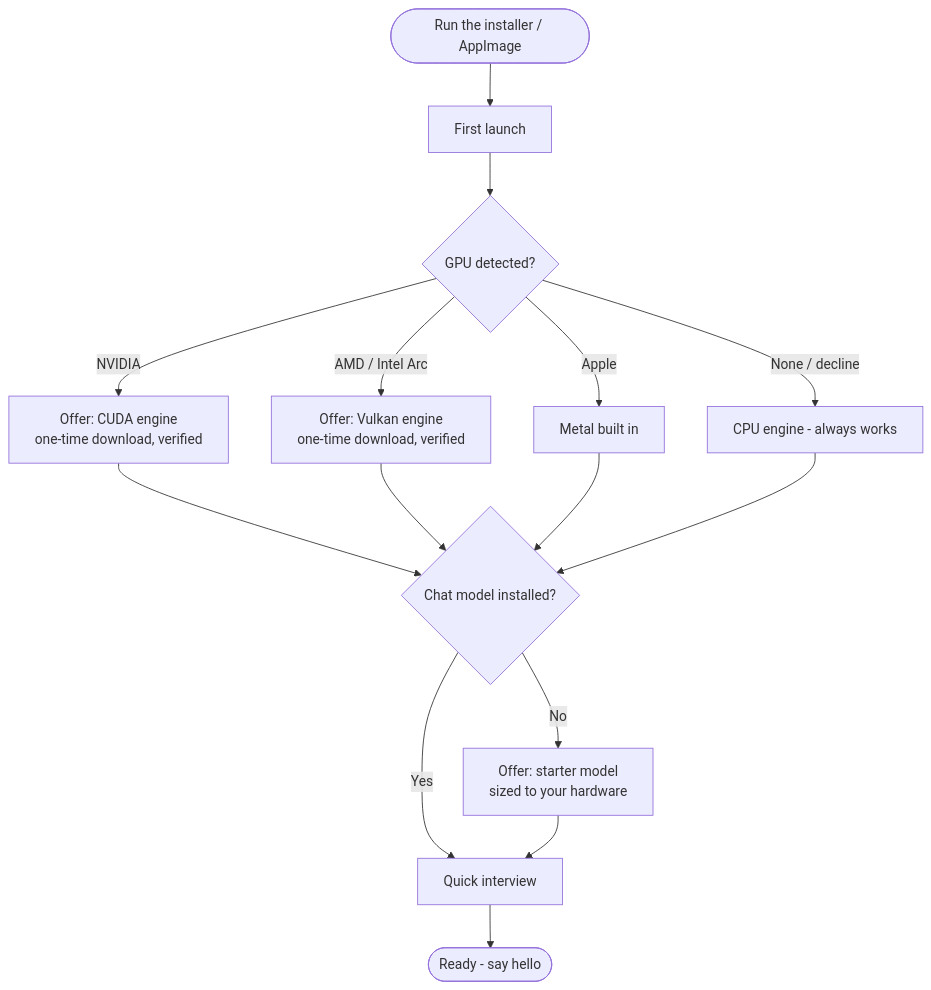
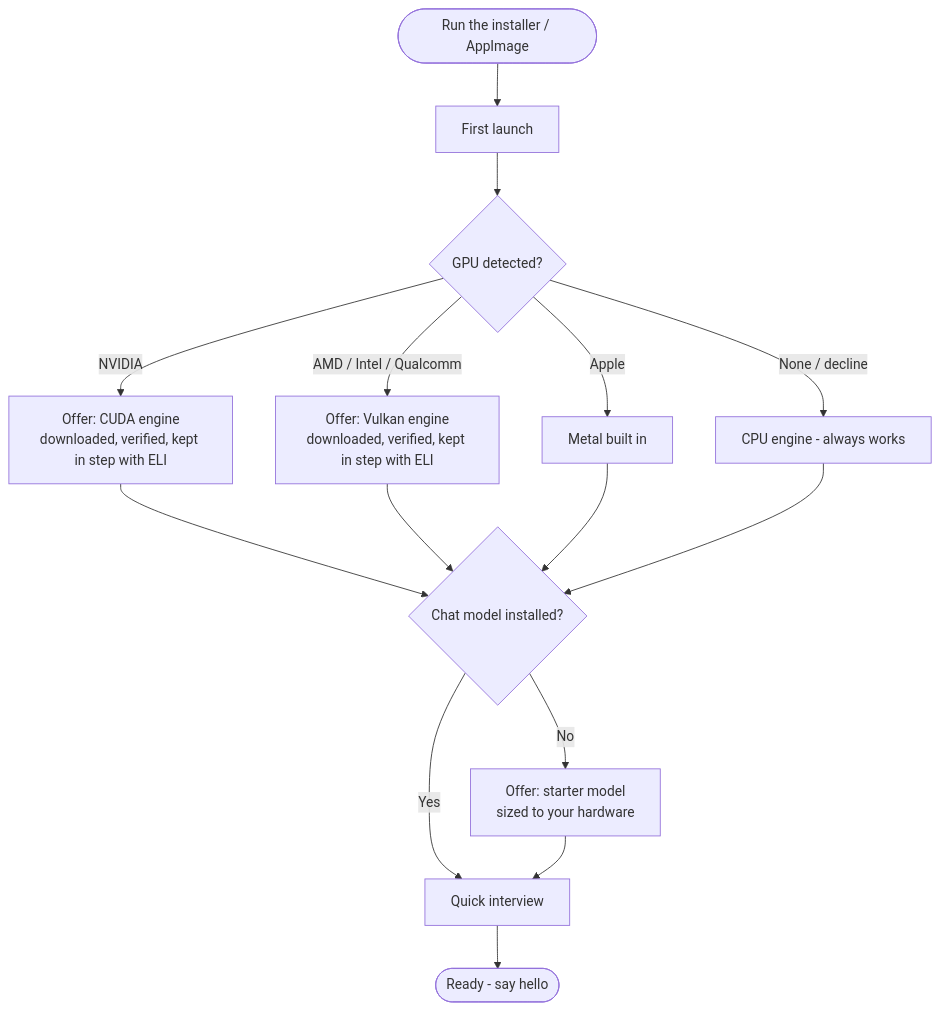
Before and after one commit to ShadowESC95/ELI_v2.0: the third of 11 diagrams in blueprints/ELI_USER_MANUAL.md, drawn with Mermaid. The commit also changed other lines of this file and 14 other files, not shown here.

````diff
--- a/blueprints/ELI_USER_MANUAL.md
+++ b/blueprints/ELI_USER_MANUAL.md
@@ -155,17 +155,17 @@
 ```mermaid
 flowchart TD
     A([Run the installer / AppImage]) --> B[First launch]
     B --> C{GPU detected?}
-    C -->|NVIDIA| D[Offer: CUDA engine<br/>one-time download, verified]
-    C -->|AMD / Intel Arc| E[Offer: Vulkan engine<br/>one-time download, verified]
+    C -->|NVIDIA| D[Offer: CUDA engine<br/>downloaded, verified, kept in step with ELI]
+    C -->|AMD / Intel / Qualcomm| E[Offer: Vulkan engine<br/>downloaded, verified, kept in step with ELI]
     C -->|Apple| F[Metal built in]
     C -->|None / decline| G[CPU engine - always works]
     D --> H{Chat model installed?}
     E --> H
     F --> H
     G --> H
     H -->|No| I[Offer: starter model<br/>sized to your hardware]
     H -->|Yes| J
     I --> J[Quick interview]
     J --> K([Ready - say hello])
 ```
````
